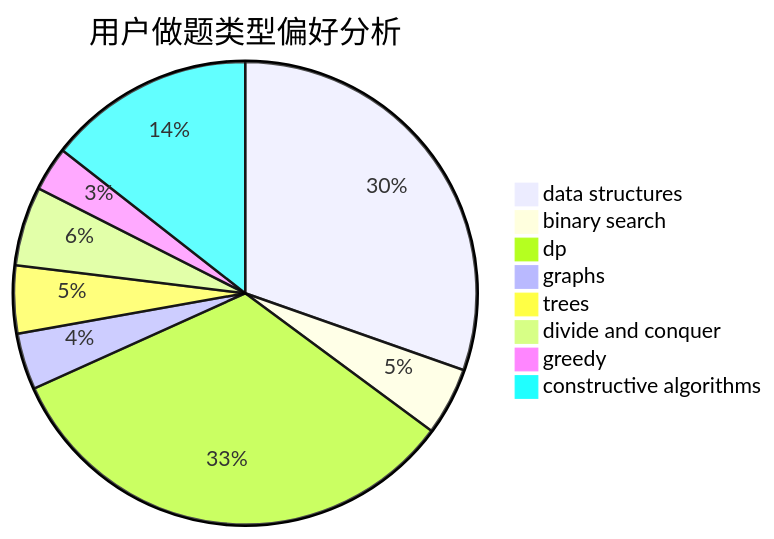
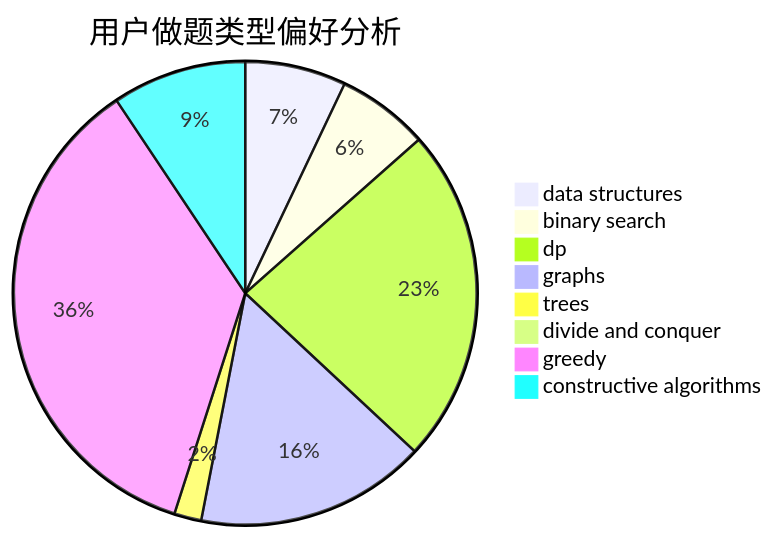
One commit to sherpahu/cfrs.github.io changed the second of 3 diagrams in docs/user/u242.md. Above: the diagram before and after it, drawn with Mermaid. The commit also changed other lines of this file and 2770 other files, not shown here.

````diff
--- a/docs/user/u242.md
+++ b/docs/user/u242.md
@@ -23,11 +23,11 @@
 ```mermaid
 pie title 用户做题类型偏好分析
-    "data structures" :  423
-    "binary search" :  66
-    "dp" :  461
-    "graphs" :  55
-    "trees" :  66
-    "divide and conquer" :  77
-    "greedy" :  43
-    "constructive algorithms" :  201
+    "data structures" :  67
+    "binary search" :  61
+    "dp" :  223
+    "graphs" :  153
+    "trees" :  18
+    "divide and conquer" :  0
+    "greedy" :  339
+    "constructive algorithms" :  89
 ```
````
